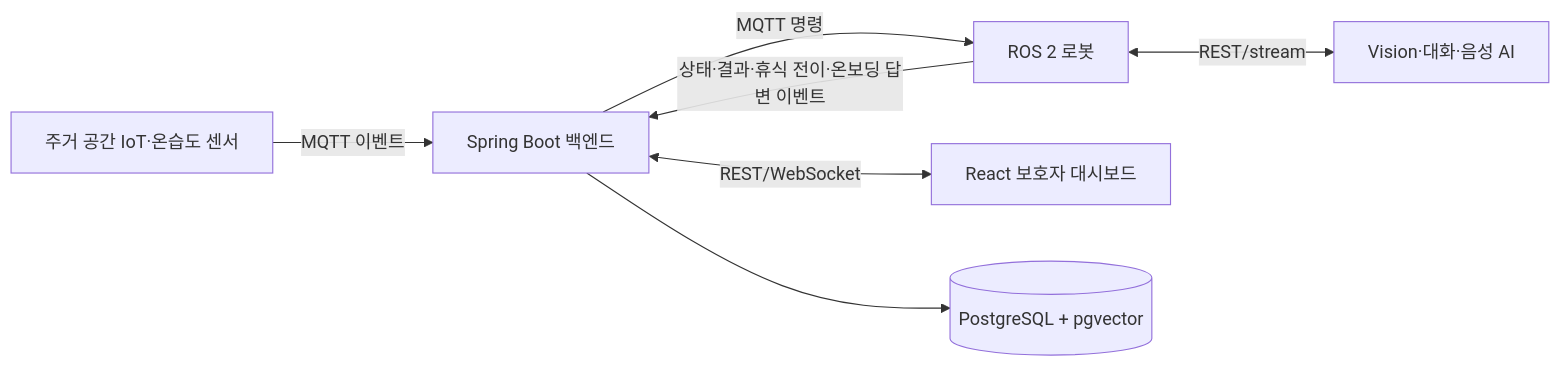
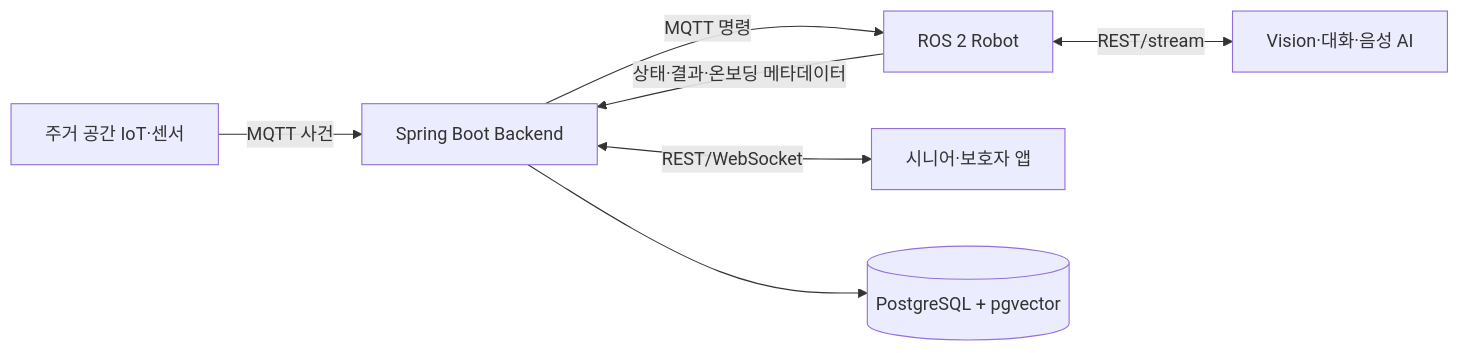
Before and after one commit to bomi-aiot/BOMI: the diagram in docs/architecture/system-overview.md, drawn with Mermaid. The commit also changed other lines of this file and 18 other files, not shown here.

Commit message:
docs(db): [S15P11E102-134] 기억과 개인화 고도화를 위한 ERD 재정의

````diff
--- a/docs/architecture/system-overview.md
+++ b/docs/architecture/system-overview.md
@@ -5,9 +5,9 @@
 ```mermaid
 flowchart LR
-  IoT["주거 공간 IoT·온습도 센서"] -->|MQTT 이벤트| BE["Spring Boot 백엔드"]
-  BE -->|MQTT 명령| Robot["ROS 2 로봇"]
-  Robot -->|상태·결과·휴식 전이·온보딩 답변 이벤트| BE
+  IoT["주거 공간 IoT·센서"] -->|MQTT 사건| BE["Spring Boot Backend"]
+  BE -->|MQTT 명령| Robot["ROS 2 Robot"]
+  Robot -->|상태·결과·온보딩 메타데이터| BE
   Robot <-->|REST/stream| AI["Vision·대화·음성 AI"]
-  BE <-->|REST/WebSocket| FE["React 보호자 대시보드"]
-  BE --> DB[(PostgreSQL + pgvector)]
+  BE <-->|REST/WebSocket| App["시니어·보호자 앱"]
+  BE --> DB[("PostgreSQL + pgvector")]
 ```
````
